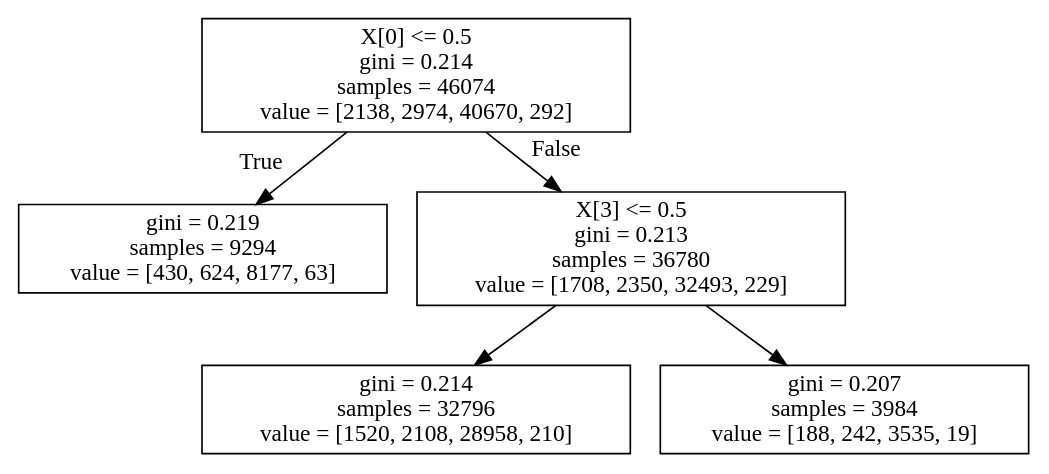
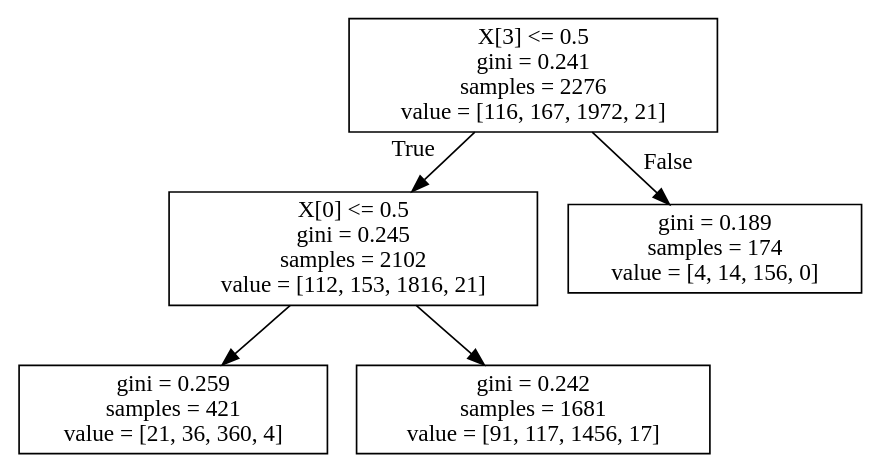
The diagram in data/vizdoom/ppo/0006r3+vizdoo_config_file=vi_en_as_sc_de_th_li.cfg+max_depth=12+n_batch_rollou=10+max_samples=100000+max_iters=80+train_frac=0.8+is_reweight=False/dt_policy.dot (jesbu1/viper), drawn with Graphviz before and after one commit. The commit also changed 455 other files, not shown here.

```diff
--- a/data/vizdoom/ppo/0006r3+vizdoo_config_file=vi_en_as_sc_de_th_li.cfg+max_depth=12+n_batch_rollou=10+max_samples=100000+max_iters=80+train_frac=0.8+is_reweight=False/dt_policy.dot
+++ b/data/vizdoom/ppo/0006r3+vizdoo_config_file=vi_en_as_sc_de_th_li.cfg+max_depth=12+n_batch_rollou=10+max_samples=100000+max_iters=80+train_frac=0.8+is_reweight=False/dt_policy.dot
@@ -1,12 +1,12 @@
 digraph Tree {
 node [shape=box] ;
-0 [label="X[0] <= 0.5\ngini = 0.214\nsamples = 46074\nvalue = [2138, 2974, 40670, 292]"] ;
-1 [label="gini = 0.219\nsamples = 9294\nvalue = [430, 624, 8177, 63]"] ;
+0 [label="X[3] <= 0.5\ngini = 0.241\nsamples = 2276\nvalue = [116, 167, 1972, 21]"] ;
+1 [label="X[0] <= 0.5\ngini = 0.245\nsamples = 2102\nvalue = [112, 153, 1816, 21]"] ;
 0 -> 1 [labeldistance=2.5, labelangle=45, headlabel="True"] ;
-2 [label="X[3] <= 0.5\ngini = 0.213\nsamples = 36780\nvalue = [1708, 2350, 32493, 229]"] ;
-0 -> 2 [labeldistance=2.5, labelangle=-45, headlabel="False"] ;
-3 [label="gini = 0.214\nsamples = 32796\nvalue = [1520, 2108, 28958, 210]"] ;
-2 -> 3 ;
-4 [label="gini = 0.207\nsamples = 3984\nvalue = [188, 242, 3535, 19]"] ;
-2 -> 4 ;
+2 [label="gini = 0.259\nsamples = 421\nvalue = [21, 36, 360, 4]"] ;
+1 -> 2 ;
+3 [label="gini = 0.242\nsamples = 1681\nvalue = [91, 117, 1456, 17]"] ;
+1 -> 3 ;
+4 [label="gini = 0.189\nsamples = 174\nvalue = [4, 14, 156, 0]"] ;
+0 -> 4 [labeldistance=2.5, labelangle=-45, headlabel="False"] ;
 }
```
